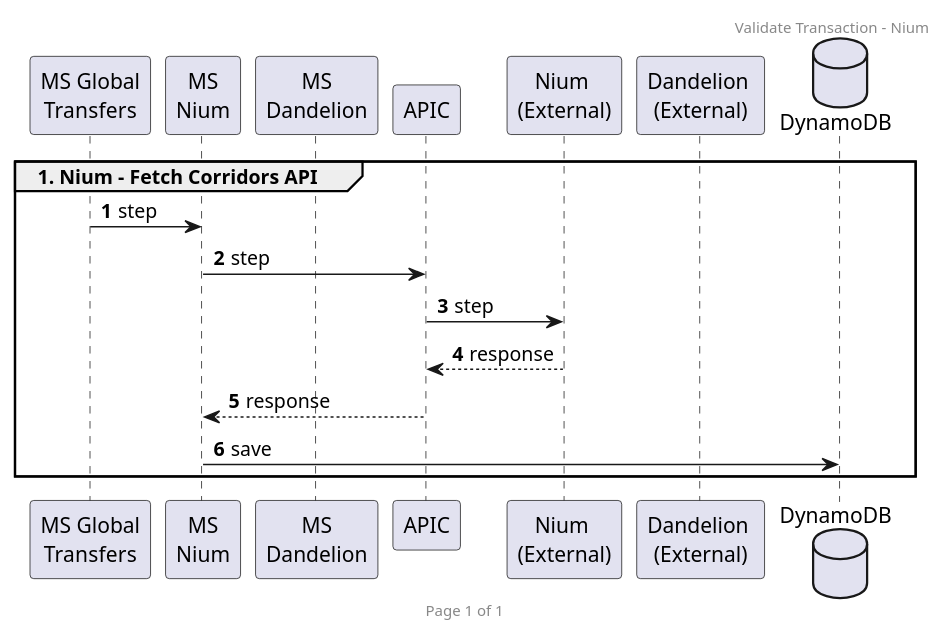
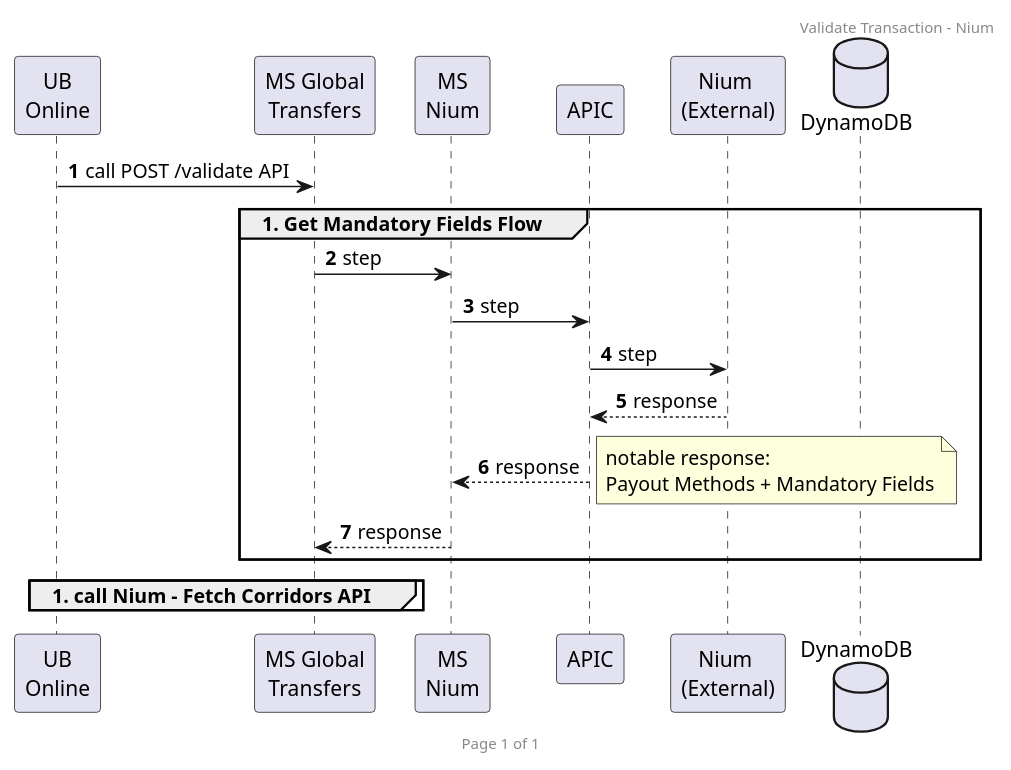
Before and after one commit to kensixx/obsidian: the second of 2 diagrams in Diagrams/UBGT/PlantUML/Validate Transaction/Validate Transaction - Nium.md, drawn with PlantUML. The commit also changed other lines of this file and 6 other files, not shown here.

````diff
--- a/Diagrams/UBGT/PlantUML/Validate Transaction/Validate Transaction - Nium.md
+++ b/Diagrams/UBGT/PlantUML/Validate Transaction/Validate Transaction - Nium.md
@@ -1,29 +44,37 @@
 ```puml
 @startuml  
 
 header Validate Transaction - Nium
 footer Page %page% of %lastpage%
   
+participant "UB\nOnline" as ubo
 participant "MS Global\nTransfers" as msgt
 participant "MS\nNium" as msnium
-participant "MS\nDandelion" as msddl
 participant "APIC" as apic
 participant "Nium \n(External)" as nium
-participant "Dandelion \n(External)" as ddl
 database "DynamoDB" as ddb
-
   
 autonumber  
 
-group 1. Nium - Fetch Corridors API
+ubo -> msgt: call POST /validate API
+
+group 1. Get Mandatory Fields Flow
 	msgt -> msnium: step
 	msnium -> apic: step
 	apic -> nium: step
 	nium --> apic: response
 	apic --> msnium: response
-	msnium -> ddb: save
+	note right
+		notable response: 
+		Payout Methods + Mandatory Fields
+	end note
+	msnium --> msgt: response
+end
+
+group 1. call Nium - Fetch Corridors API
+	
 end
 
   
 @enduml
 ```
````
